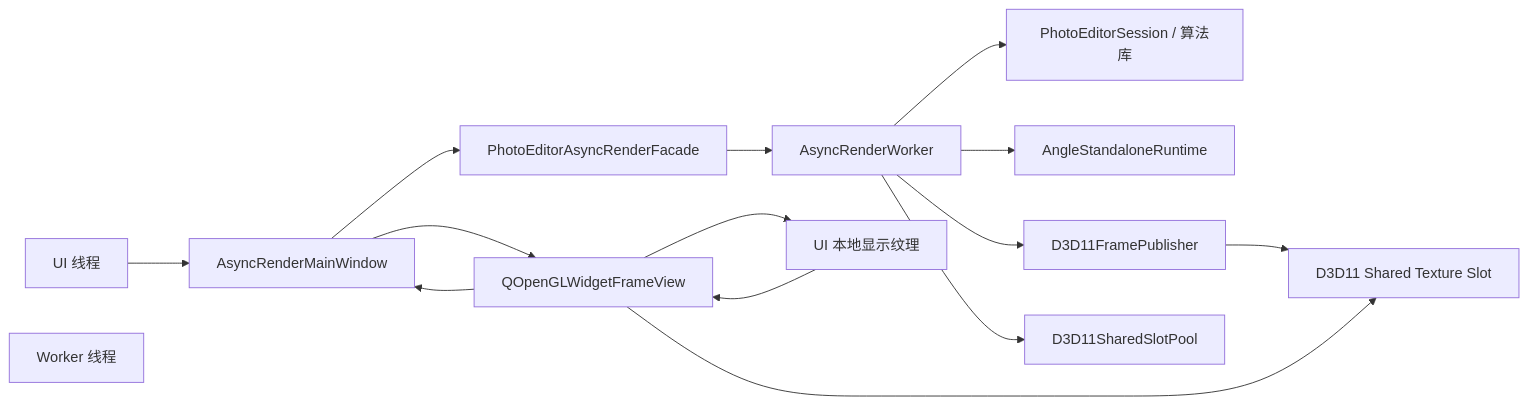
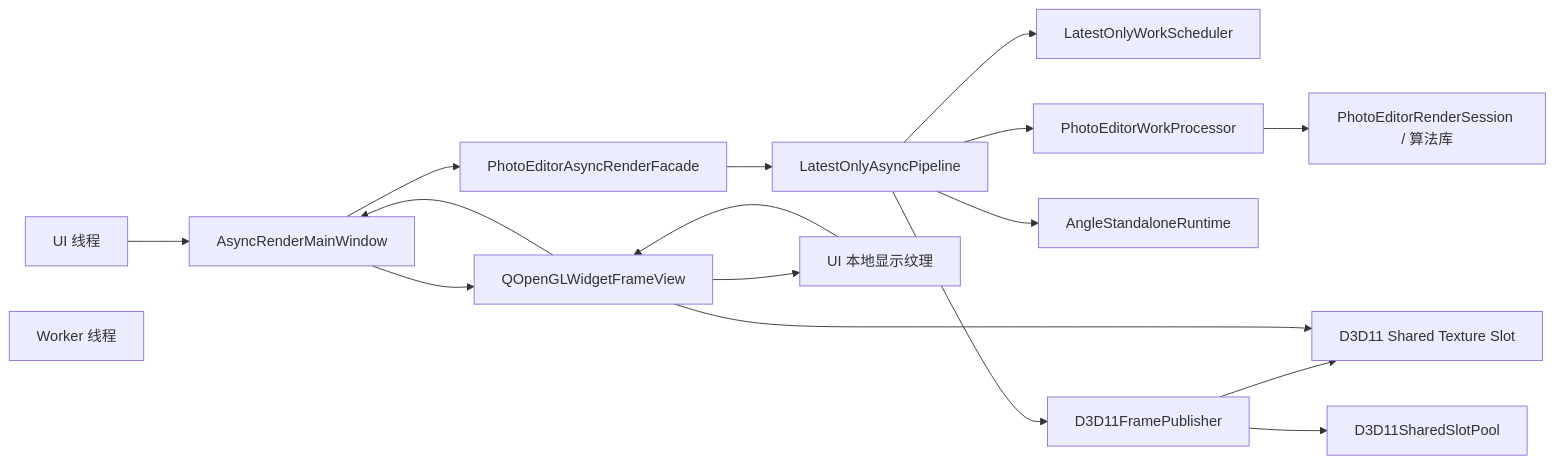
Before and after one commit to Peranger1/Gles2AsyncRender: the first of 2 diagrams in ARCHITECTURE.md, drawn with Mermaid. The commit also changed other lines of this file and 51 other files, not shown here.

Commit message:
Refactor async render pipeline and remove legacy worker chain

````diff
--- a/ARCHITECTURE.md
+++ b/ARCHITECTURE.md
@@ -24,28 +24,32 @@
 ```mermaid
 flowchart LR
     UI["UI 线程"]
     WIN["AsyncRenderMainWindow"]
     WGT["QOpenGLWidgetFrameView"]
     WK["Worker 线程"]
     FAC["PhotoEditorAsyncRenderFacade"]
-    WRK["AsyncRenderWorker"]
-    ALG["PhotoEditorSession / 算法库"]
+    PIPE["LatestOnlyAsyncPipeline"]
+    SCHED["LatestOnlyWorkScheduler"]
+    PROC["PhotoEditorWorkProcessor"]
+    ALG["PhotoEditorRenderSession / 算法库"]
     RT["AngleStandaloneRuntime"]
     PUB["D3D11FramePublisher"]
     POOL["D3D11SharedSlotPool"]
     SHARED["D3D11 Shared Texture Slot"]
     LOCAL["UI 本地显示纹理"]
 
     UI --> WIN --> WGT
     WIN --> FAC
-    FAC --> WRK
+    FAC --> PIPE
     WGT --> WIN
-    WRK --> ALG
-    WRK --> RT
-    WRK --> PUB
-    WRK --> POOL
+    PIPE --> SCHED
+    PIPE --> PROC
+    PIPE --> RT
+    PIPE --> PUB
+    PROC --> ALG
+    PUB --> POOL
     PUB --> SHARED
     WGT --> SHARED
     WGT --> LOCAL
     LOCAL --> WGT
 ```
````
